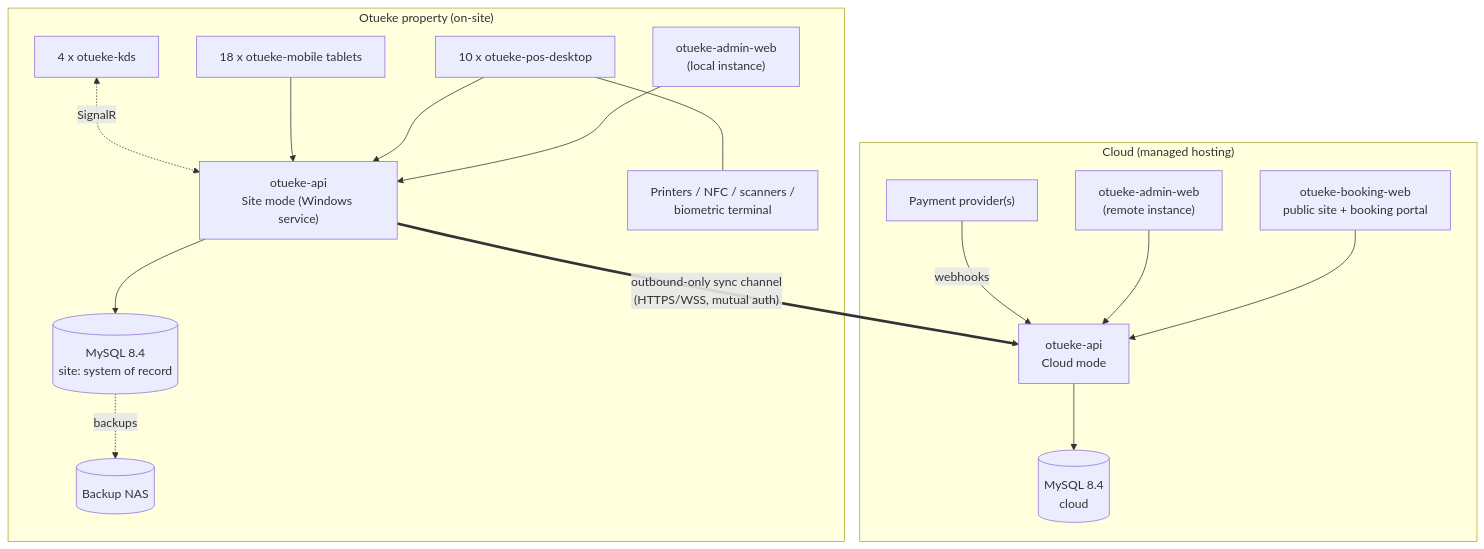
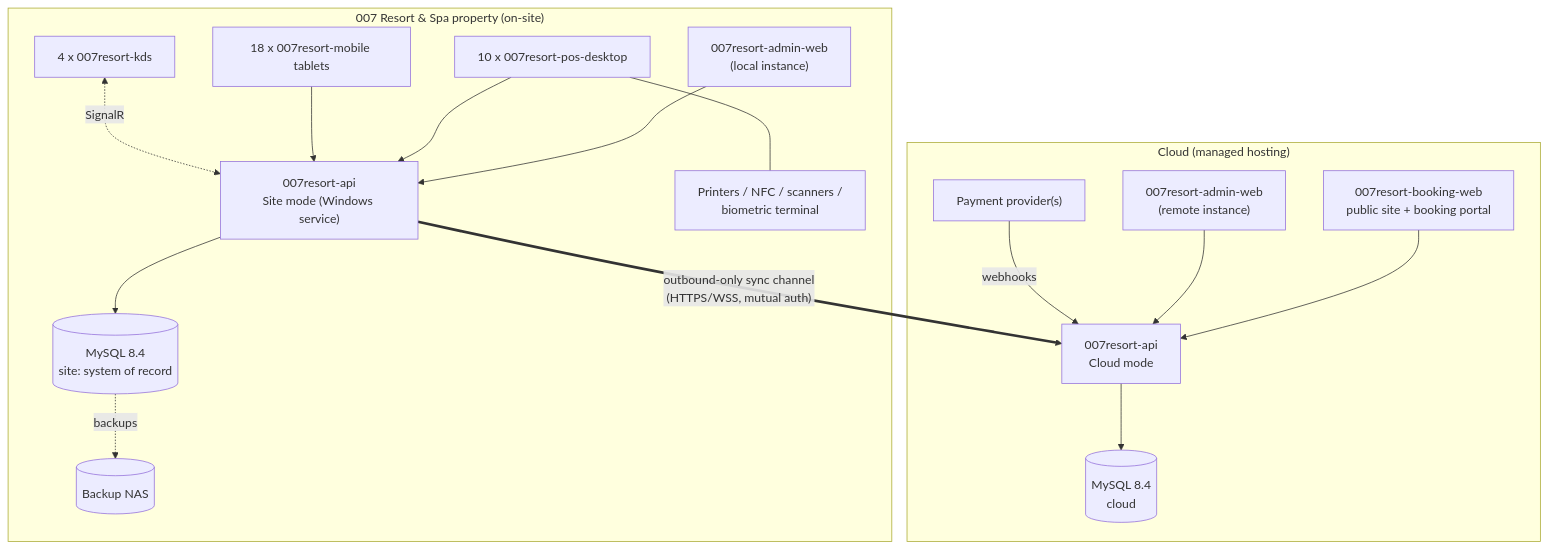
The first of 2 diagrams in architecture/01-architecture-overview.md (prinzderick/007resort-docs), drawn with Mermaid before and after one commit. The commit also changed other lines of this file and 33 other files, not shown here.

First line of the commit message:
chore: rename project from Otueke to 007 Resort & Spa (R007)

````diff
--- a/architecture/01-architecture-overview.md
+++ b/architecture/01-architecture-overview.md
@@ -21,34 +21,34 @@
 ```mermaid
 flowchart TB
   subgraph Cloud["Cloud (managed hosting)"]
-    BW["otueke-booking-web<br/>public site + booking portal"]
-    AWc["otueke-admin-web<br/>(remote instance)"]
-    CAPI["otueke-api<br/>Cloud mode"]
+    BW["007resort-booking-web<br/>public site + booking portal"]
+    AWc["007resort-admin-web<br/>(remote instance)"]
+    CAPI["007resort-api<br/>Cloud mode"]
     CDB[("MySQL 8.4<br/>cloud")]
     PSP["Payment provider(s)"]
     BW --> CAPI
     AWc --> CAPI
     CAPI --> CDB
     PSP -- webhooks --> CAPI
   end
 
-  subgraph Site["Otueke property (on-site)"]
-    SAPI["otueke-api<br/>Site mode (Windows service)"]
+  subgraph Site["007 Resort & Spa property (on-site)"]
+    SAPI["007resort-api<br/>Site mode (Windows service)"]
     SDB[("MySQL 8.4<br/>site: system of record")]
-    AWs["otueke-admin-web<br/>(local instance)"]
-    POS["10 x otueke-pos-desktop"]
-    TAB["18 x otueke-mobile tablets"]
-    KDS["4 x otueke-kds"]
+    AWs["007resort-admin-web<br/>(local instance)"]
+    POS["10 x 007resort-pos-desktop"]
+    TAB["18 x 007resort-mobile tablets"]
+    KDS["4 x 007resort-kds"]
     HW["Printers / NFC / scanners /<br/>biometric terminal"]
     NAS[("Backup NAS")]
     SAPI --> SDB
     AWs --> SAPI
     POS --> SAPI
     TAB --> SAPI
     KDS <-. SignalR .-> SAPI
     POS --- HW
     SDB -. backups .-> NAS
   end
 
   SAPI == "outbound-only sync channel<br/>(HTTPS/WSS, mutual auth)" ==> CAPI
 ```
````
